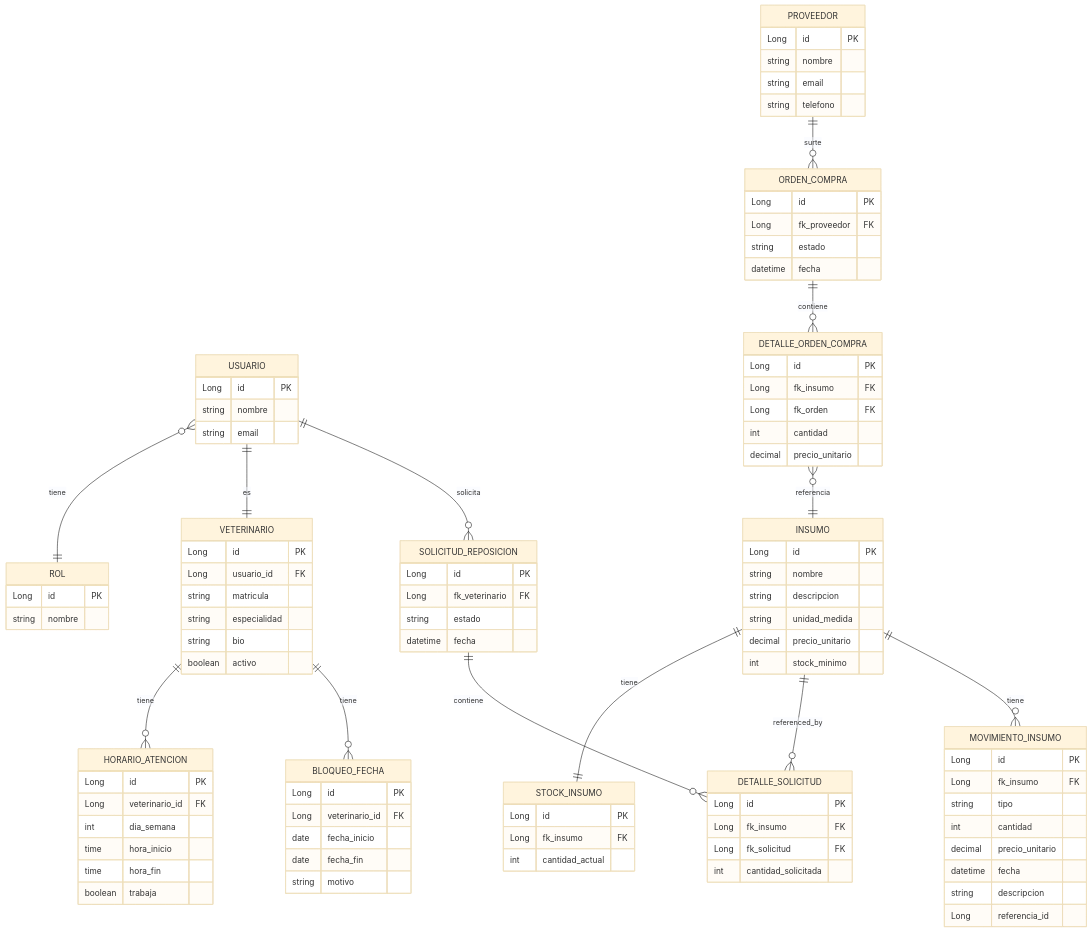
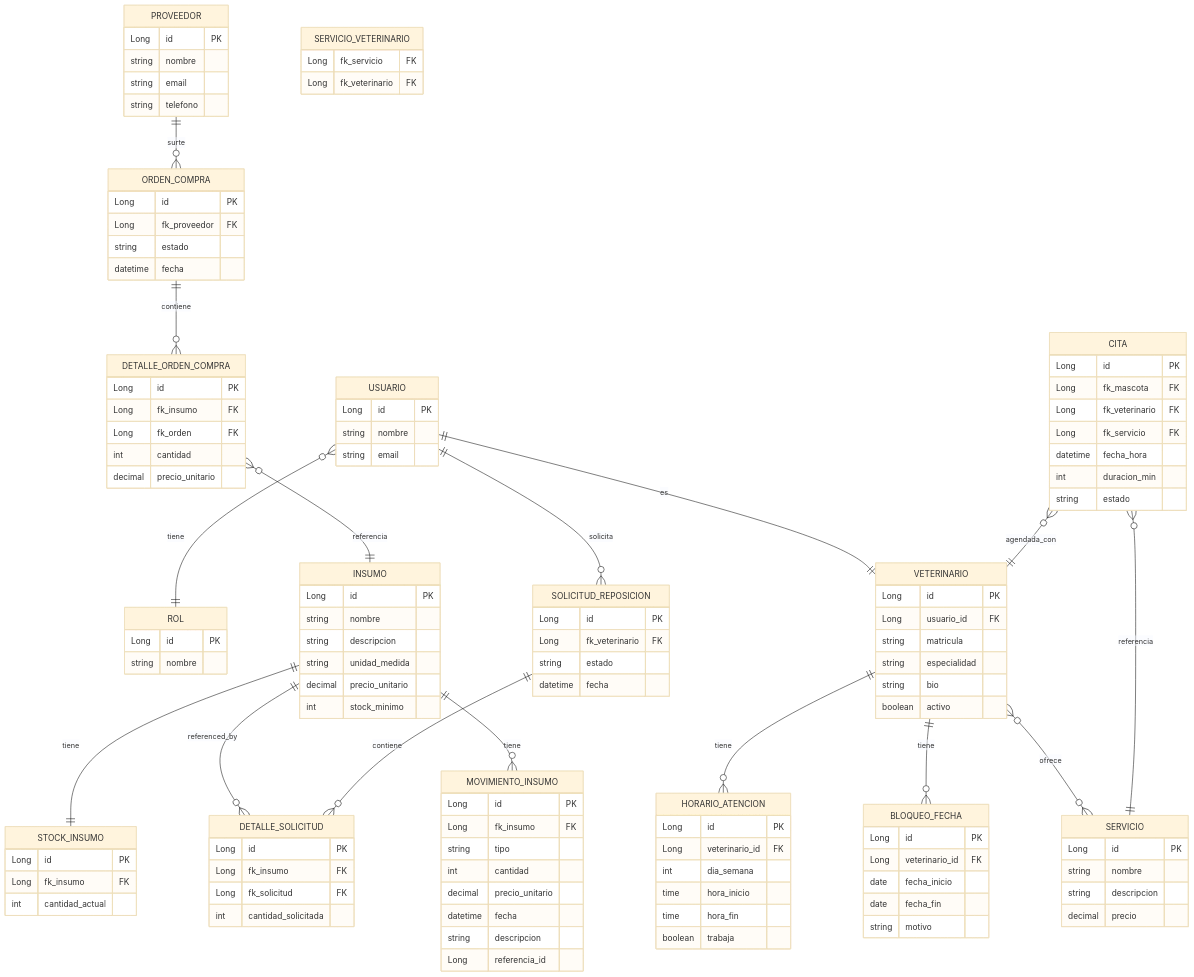
The fourth of 4 diagrams in README.md (Team4GoTechy/G4-ms), drawn with Mermaid (base theme) before and after one commit. The commit also changed other lines of this file and 14 other files, not shown here.

Commit message:
refactor(vet-admin): se reemplazo TipoServicio con entidad Servicio, y arreglo en relaciones Many-to-Many

```diff
--- a/README.md
+++ b/README.md
@@ -635,12 +673,34 @@
         date fecha_fin
         string motivo
     }
+    SERVICIO {
+        Long id PK
+        string nombre
+        string descripcion
+        decimal precio
+    }
+    CITA {
+        Long id PK
+        Long fk_mascota FK
+        Long fk_veterinario FK
+        Long fk_servicio FK
+        datetime fecha_hora
+        int duracion_min
+        string estado
+    }
+    SERVICIO_VETERINARIO {
+        Long fk_servicio FK
+        Long fk_veterinario FK
+    }
 
     USUARIO }o--|| ROL : tiene
     USUARIO ||--|| VETERINARIO : es
     USUARIO ||--o{ SOLICITUD_REPOSICION : solicita
     VETERINARIO ||--o{ HORARIO_ATENCION : tiene
     VETERINARIO ||--o{ BLOQUEO_FECHA : tiene
+    VETERINARIO }o--o{ SERVICIO : ofrece
+    CITA }o--|| VETERINARIO : agendada_con
+    CITA }o--|| SERVICIO : referencia
     PROVEEDOR ||--o{ ORDEN_COMPRA : surte
     INSUMO ||--|| STOCK_INSUMO : tiene
     INSUMO ||--o{ DETALLE_SOLICITUD : referenced_by
```
